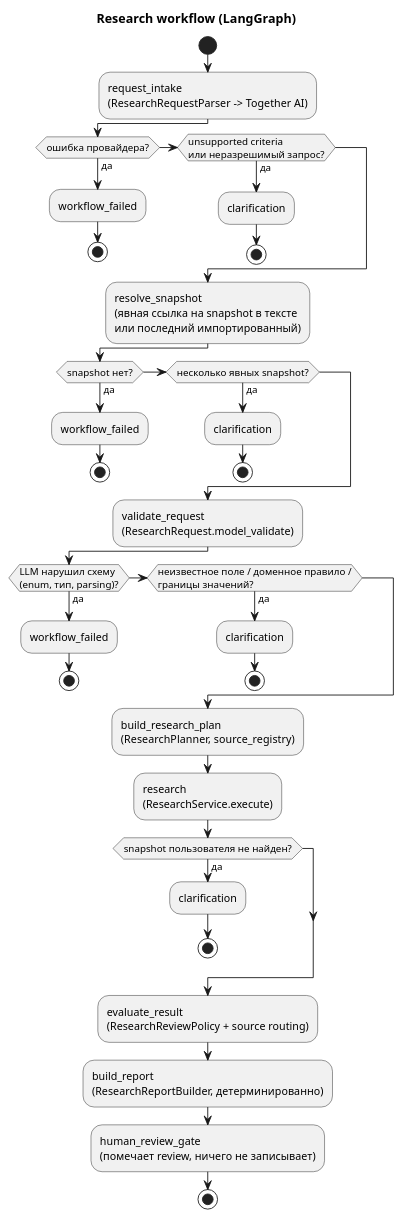
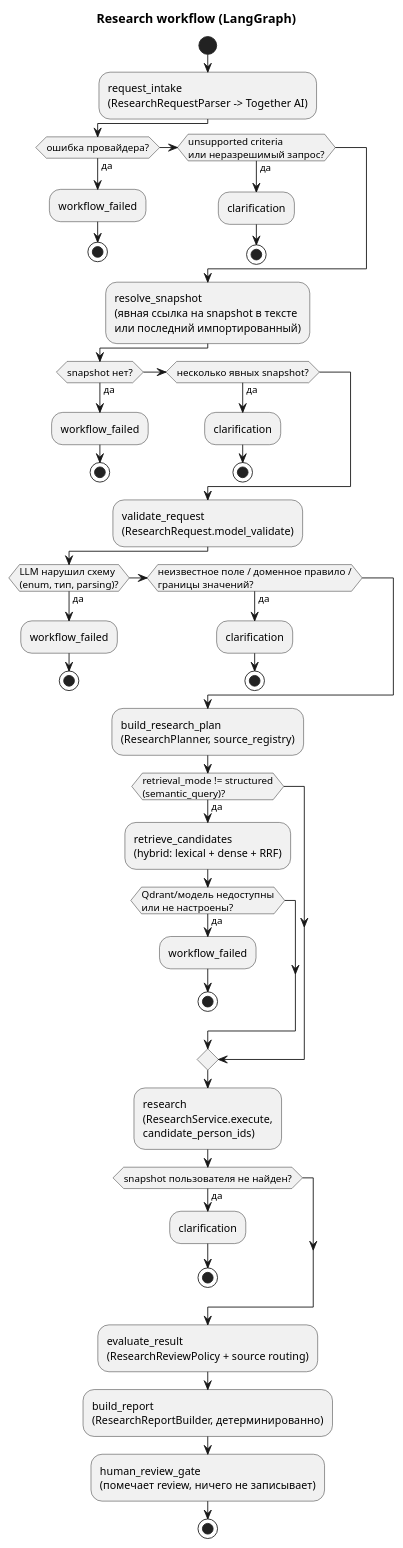
One commit to megannnn98/court-monitor changed the diagram in docs/wiki/Research-Workflow.md. Above: the diagram before and after it, drawn with PlantUML. The commit also changed other lines of this file and 72 other files, not shown here.

First line of the commit message:
feat: semantic hybrid entity retrieval (lexical + dense + RRF) for research

````diff
--- a/docs/wiki/Research-Workflow.md
+++ b/docs/wiki/Research-Workflow.md
@@ -7,41 +7,48 @@
 ```plantuml
 @startuml
 title Research workflow (LangGraph)
 
 start
 :request_intake\n(ResearchRequestParser -> Together AI);
 if (ошибка провайдера?) then (да)
   :workflow_failed;
   stop
 elseif (unsupported criteria\nили неразрешимый запрос?) then (да)
   :clarification;
   stop
 endif
 :resolve_snapshot\n(явная ссылка на snapshot в тексте\nили последний импортированный);
 if (snapshot нет?) then (да)
   :workflow_failed;
   stop
 elseif (несколько явных snapshot?) then (да)
   :clarification;
   stop
 endif
 :validate_request\n(ResearchRequest.model_validate);
 if (LLM нарушил схему\n(enum, тип, parsing)?) then (да)
   :workflow_failed;
   stop
 elseif (неизвестное поле / доменное правило /\nграницы значений?) then (да)
   :clarification;
   stop
 endif
 :build_research_plan\n(ResearchPlanner, source_registry);
-:research\n(ResearchService.execute);
+if (retrieval_mode != structured\n(semantic_query)?) then (да)
+  :retrieve_candidates\n(hybrid: lexical + dense + RRF);
+  if (Qdrant/модель недоступны\nили не настроены?) then (да)
+    :workflow_failed;
+    stop
+  endif
+endif
+:research\n(ResearchService.execute,\ncandidate_person_ids);
 if (snapshot пользователя не найден?) then (да)
   :clarification;
   stop
 endif
 :evaluate_result\n(ResearchReviewPolicy + source routing);
 :build_report\n(ResearchReportBuilder, детерминированно);
 :human_review_gate\n(помечает review, ничего не записывает);
 stop
 @enduml
 ```
````
